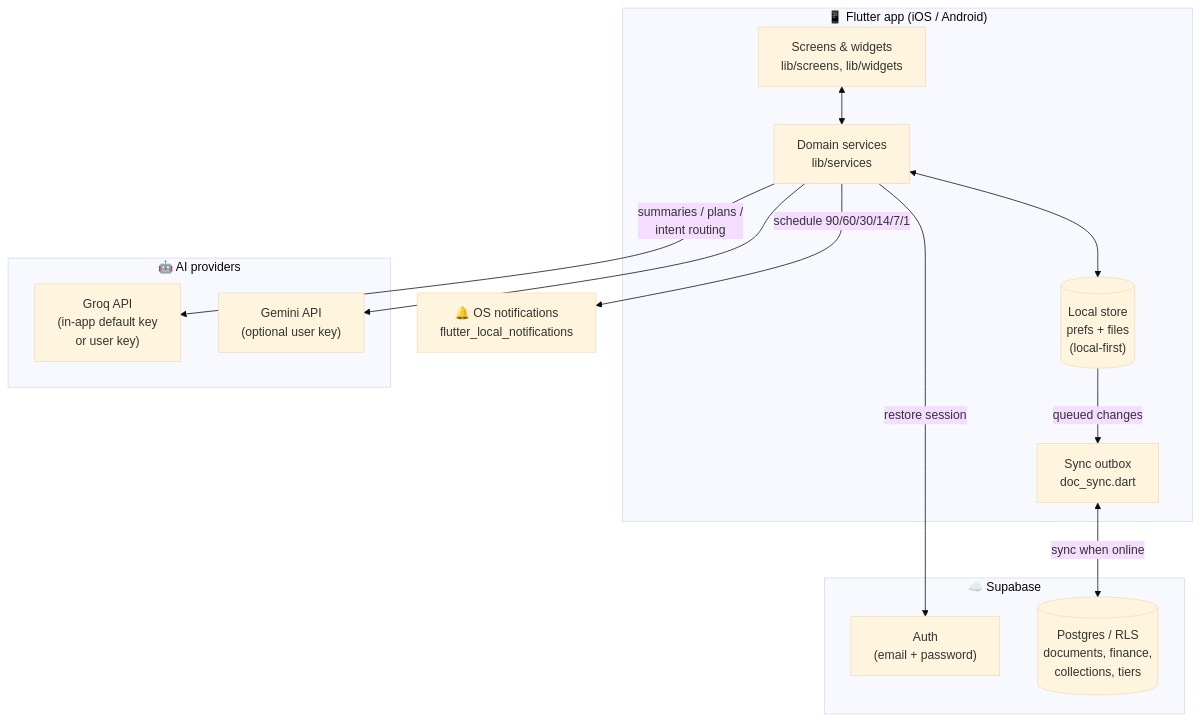
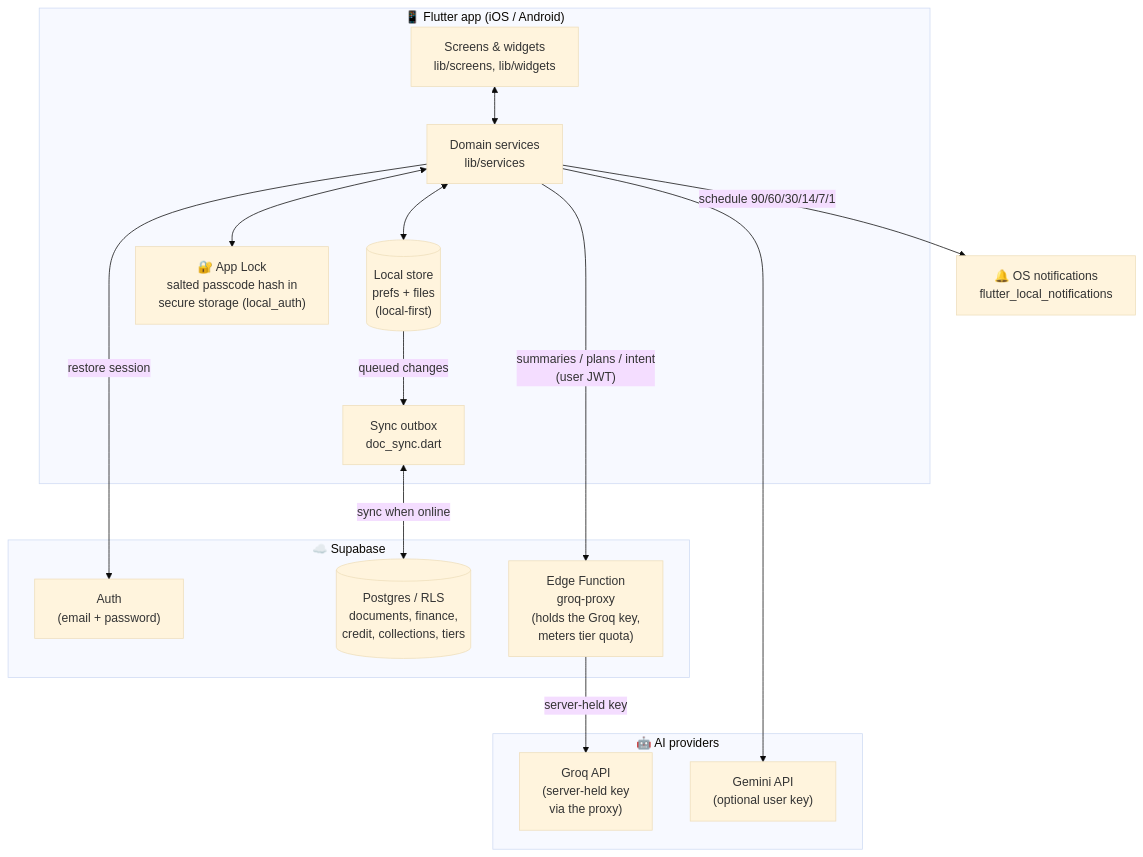
Before and after one commit to razique20/finavig: the first of 11 diagrams in ARCHITECTURE.md, drawn with Mermaid (base theme). The commit also changed other lines of this file and 12 other files, not shown here.

````diff
--- a/ARCHITECTURE.md
+++ b/ARCHITECTURE.md
@@ -15,30 +15,34 @@
 ```mermaid
 flowchart TB
     subgraph Device["📱 Flutter app (iOS / Android)"]
         UI["Screens & widgets<br/>lib/screens, lib/widgets"]
         BIZ["Domain services<br/>lib/services"]
         STORE[("Local store<br/>prefs + files<br/>(local-first)")]
         OUTBOX["Sync outbox<br/>doc_sync.dart"]
+        LOCK["🔐 App Lock<br/>salted passcode hash in<br/>secure storage (local_auth)"]
     end
 
     subgraph Cloud["☁️ Supabase"]
         AUTH["Auth<br/>(email + password)"]
-        DB[("Postgres / RLS<br/>documents, finance,<br/>collections, tiers")]
+        DB[("Postgres / RLS<br/>documents, finance,<br/>credit, collections, tiers")]
+        EDGE["Edge Function<br/>groq-proxy<br/>(holds the Groq key,<br/>meters tier quota)"]
     end
 
     subgraph AI["🤖 AI providers"]
-        GROQ["Groq API<br/>(in-app default key<br/>or user key)"]
+        GROQ["Groq API<br/>(server-held key<br/>via the proxy)"]
         GEM["Gemini API<br/>(optional user key)"]
     end
 
     OS["🔔 OS notifications<br/>flutter_local_notifications"]
 
     UI <--> BIZ
     BIZ <--> STORE
+    BIZ <--> LOCK
     STORE -- "queued changes" --> OUTBOX
     OUTBOX <-- "sync when online" --> DB
     BIZ -- "restore session" --> AUTH
-    BIZ -- "summaries / plans /<br/>intent routing" --> GROQ
+    BIZ -- "summaries / plans / intent<br/>(user JWT)" --> EDGE
+    EDGE -- "server-held key" --> GROQ
     BIZ --> GEM
     BIZ -- "schedule 90/60/30/14/7/1" --> OS
 ```
````
